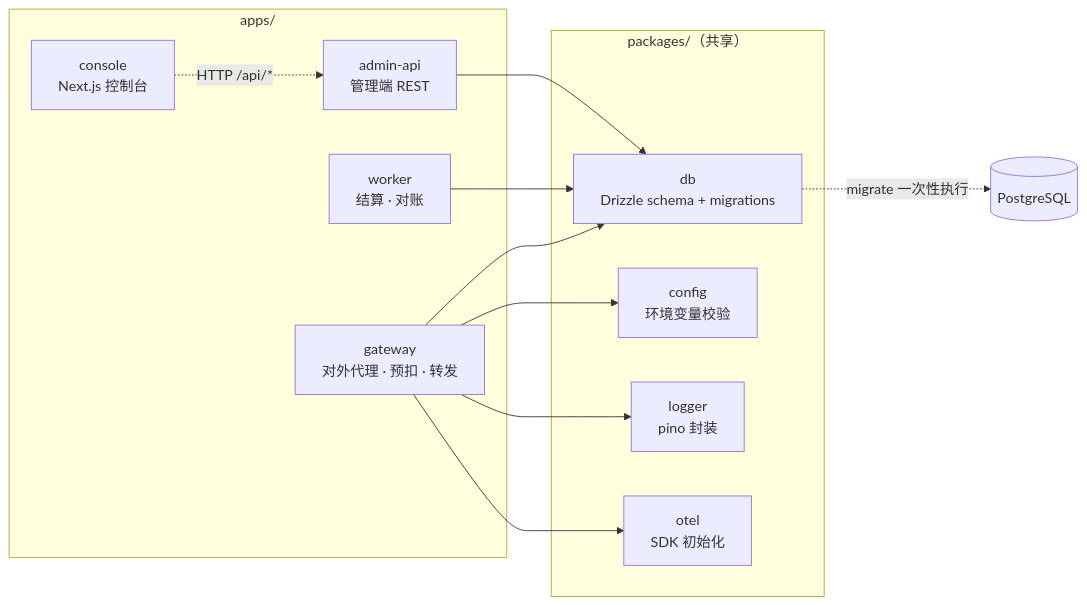
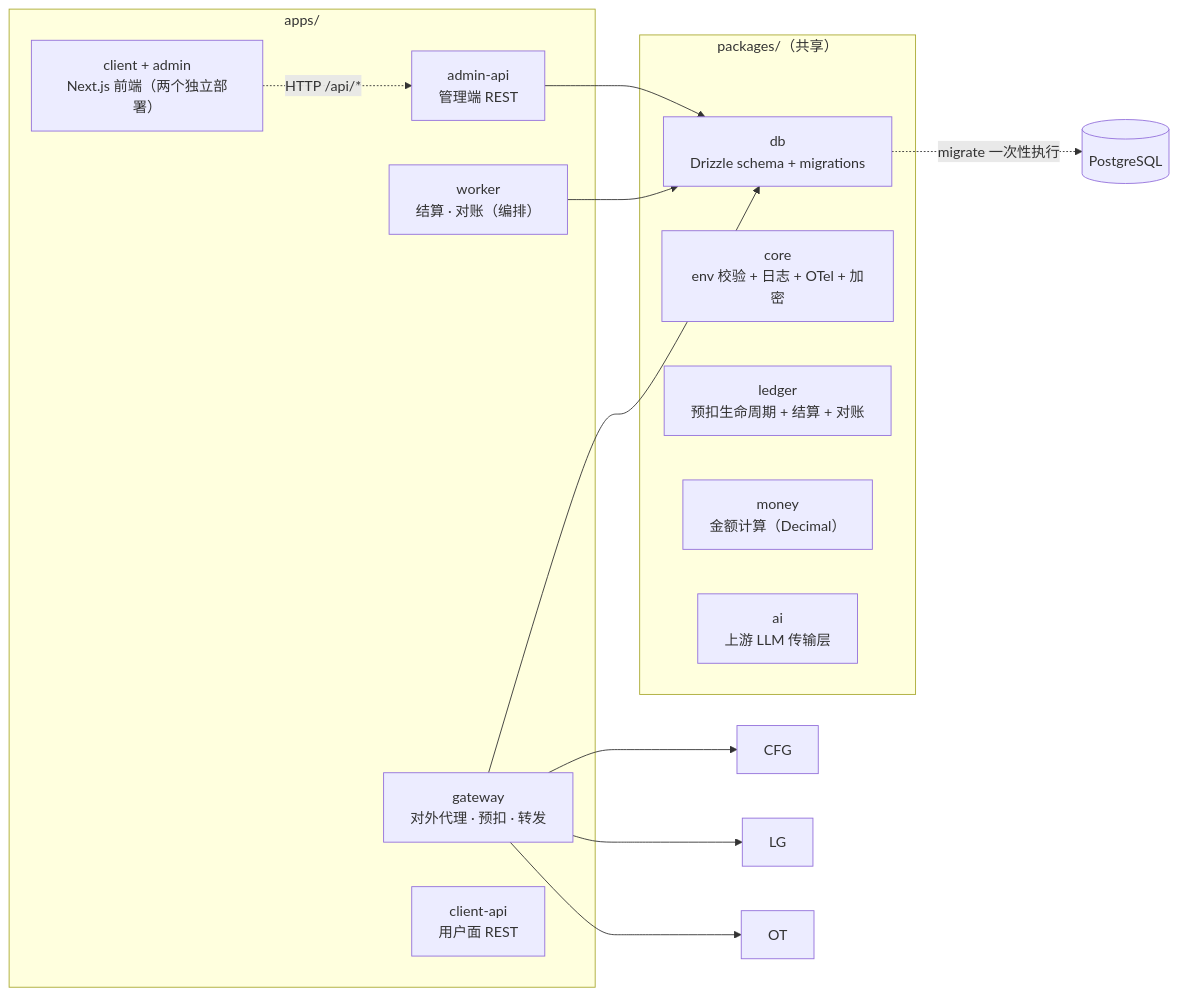
One commit to renxqoo/Tillgate changed the second of 8 diagrams in docs/architecture.md. Above: the diagram before and after it, drawn with Mermaid. The commit also changed other lines of this file and 401 other files, not shown here.

Commit message:
refactor: harden gateway billing architecture

````diff
--- a/docs/architecture.md
+++ b/docs/architecture.md
@@ -76,23 +78,25 @@
 ```mermaid
 flowchart LR
     subgraph APPS["apps/"]
         GW["gateway<br/>对外代理 · 预扣 · 转发"]
-        WK["worker<br/>结算 · 对账"]
+        WK["worker<br/>结算 · 对账（编排）"]
         ADM["admin-api<br/>管理端 REST"]
-        CS["console<br/>Next.js 控制台"]
+        CA["client-api<br/>用户面 REST"]
+        CS["client + admin<br/>Next.js 前端（两个独立部署）"]
     end
     subgraph PKGS["packages/（共享）"]
         DB["db<br/>Drizzle schema + migrations"]
-        CFG["config<br/>环境变量校验"]
-        LG["logger<br/>pino 封装"]
-        OT["otel<br/>SDK 初始化"]
+        CORE["core<br/>env 校验 + 日志 + OTel + 加密"]
+        LEDGER["ledger<br/>预扣生命周期 + 结算 + 对账"]
+        MONEY["money<br/>金额计算（Decimal）"]
+        AI["ai<br/>上游 LLM 传输层"]
     end
     GW --> DB
     GW --> CFG
     GW --> LG
     GW --> OT
     WK --> DB
     ADM --> DB
     CS -.->|"HTTP /api/*"| ADM
     DB -.->|"migrate 一次性执行"| PG[("PostgreSQL")]
 ```
````
